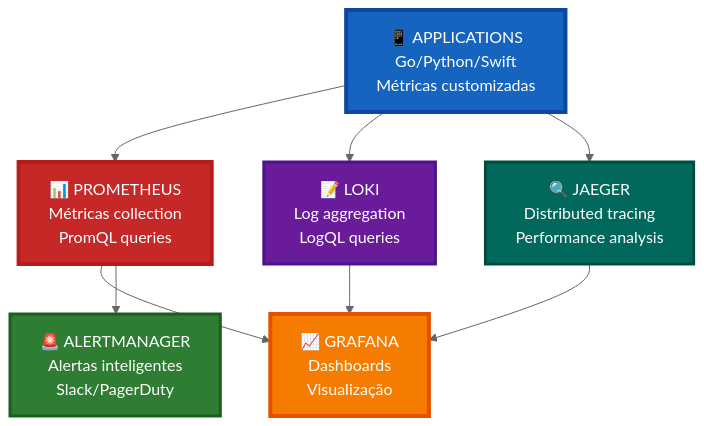
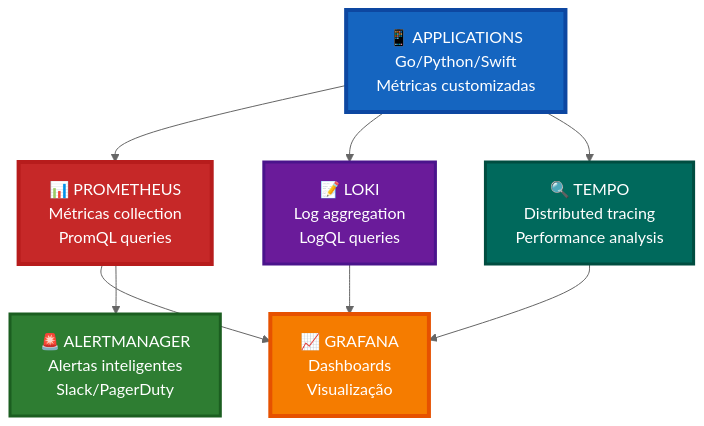
Before and after one commit to brunovlucena/prontuario: the tenth of 10 diagrams in ARCHITECTURE.md, drawn with Mermaid (neutral theme). The commit also changed other lines of this file and 2 other files, not shown here.

````diff
--- a/ARCHITECTURE.md
+++ b/ARCHITECTURE.md
@@ -367,30 +367,30 @@
 ```mermaid
 flowchart TD
     Apps["📱 APPLICATIONS<br/>Go/Python/Swift<br/>Métricas customizadas"]
     
     Prometheus["📊 PROMETHEUS<br/>Métricas collection<br/>PromQL queries"]
     
     Grafana["📈 GRAFANA<br/>Dashboards<br/>Visualização"]
     
     AlertManager["🚨 ALERTMANAGER<br/>Alertas inteligentes<br/>Slack/PagerDuty"]
     
     Loki["📝 LOKI<br/>Log aggregation<br/>LogQL queries"]
     
-    Jaeger["🔍 JAEGER<br/>Distributed tracing<br/>Performance analysis"]
+    Tempo["🔍 TEMPO<br/>Distributed tracing<br/>Performance analysis"]
 
     Apps --> Prometheus
     Apps --> Loki
-    Apps --> Jaeger
+    Apps --> Tempo
     
     Prometheus --> Grafana
     Prometheus --> AlertManager
     Loki --> Grafana
-    Jaeger --> Grafana
+    Tempo --> Grafana
 
     style Apps fill:#1565C0,stroke:#0D47A1,stroke-width:4px,color:#fff
     style Prometheus fill:#C62828,stroke:#B71C1C,stroke-width:4px,color:#fff
     style Grafana fill:#F57C00,stroke:#E65100,stroke-width:4px,color:#fff
     style AlertManager fill:#2E7D32,stroke:#1B5E20,stroke-width:3px,color:#fff
     style Loki fill:#6A1B9A,stroke:#4A148C,stroke-width:3px,color:#fff
-    style Jaeger fill:#00695C,stroke:#004D40,stroke-width:3px,color:#fff
+    style Tempo fill:#00695C,stroke:#004D40,stroke-width:3px,color:#fff
 ```
````
